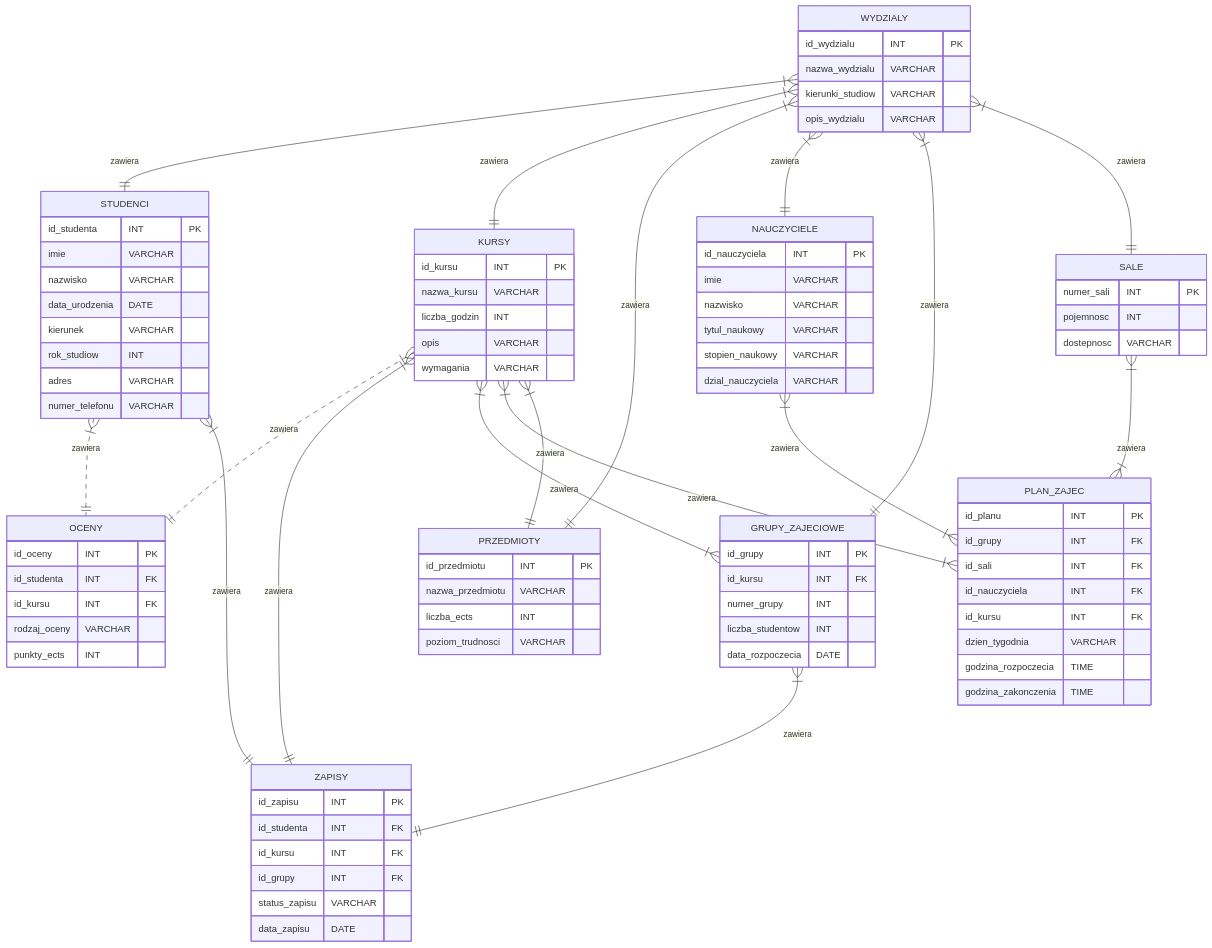
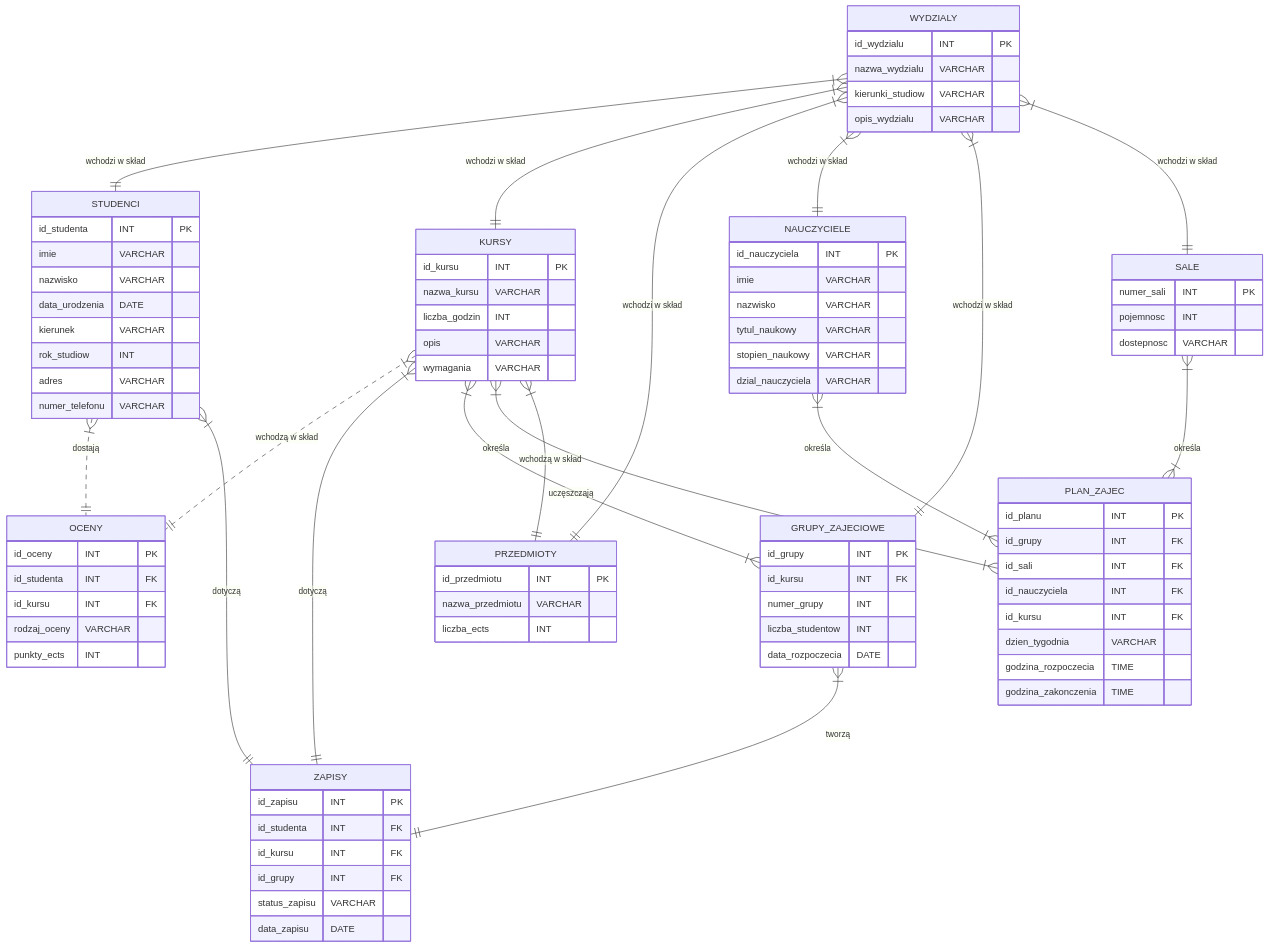
One commit to Sharens/SQL changed the diagram in University_database_project/readme.md. Above: the diagram before and after it, drawn with Mermaid.

Commit message:
Zmiana schematu

````diff
--- a/University_database_project/readme.md
+++ b/University_database_project/readme.md
@@ -67,7 +67,6 @@
         id_przedmiotu INT PK
         nazwa_przedmiotu VARCHAR
         liczba_ects INT
-        poziom_trudnosci VARCHAR
     }
     GRUPY_ZAJECIOWE {
         id_grupy INT PK
@@ -86,20 +85,20 @@
         godzina_rozpoczecia TIME
         godzina_zakonczenia TIME
     }
-    STUDENCI }|..|| OCENY: "zawiera"
-    KURSY }|..|| OCENY: "zawiera"
-    STUDENCI }|--|| ZAPISY: "zawiera"
-    KURSY }|--|| ZAPISY: "zawiera"
-    GRUPY_ZAJECIOWE }|--|| ZAPISY: "zawiera"
-    KURSY }|--|{ GRUPY_ZAJECIOWE: "zawiera"
-    KURSY }|--|{ PLAN_ZAJEC: "zawiera"
-    SALE }|--|{ PLAN_ZAJEC: "zawiera"
-    NAUCZYCIELE }|--|{ PLAN_ZAJEC: "zawiera"
-    KURSY }|--|| PRZEDMIOTY: "zawiera"
-    WYDZIALY }|--|| STUDENCI: "zawiera"
-    WYDZIALY }|--|| KURSY: "zawiera"
-    WYDZIALY }|--|| PRZEDMIOTY: "zawiera"
-    WYDZIALY }|--|| NAUCZYCIELE: "zawiera"
-    WYDZIALY }|--|| GRUPY_ZAJECIOWE: "zawiera"
-    WYDZIALY }|--|| SALE: "zawiera"
+    STUDENCI }|..|| OCENY: "dostają"
+    KURSY }|..|| OCENY: "wchodzą w skład"
+    STUDENCI }|--|| ZAPISY: "dotyczą"
+    KURSY }|--|| ZAPISY: "dotyczą"
+    GRUPY_ZAJECIOWE }|--|| ZAPISY: "tworzą"
+    KURSY }|--|{ GRUPY_ZAJECIOWE: "uczęszczają"
+    KURSY }|--|{ PLAN_ZAJEC: "określa"
+    SALE }|--|{ PLAN_ZAJEC: "określa"
+    NAUCZYCIELE }|--|{ PLAN_ZAJEC: "określa"
+    KURSY }|--|| PRZEDMIOTY: "wchodzą w skład"
+    WYDZIALY }|--|| STUDENCI: "wchodzi w skład"
+    WYDZIALY }|--|| KURSY: "wchodzi w skład"
+    WYDZIALY }|--|| PRZEDMIOTY: "wchodzi w skład"
+    WYDZIALY }|--|| NAUCZYCIELE: "wchodzi w skład"
+    WYDZIALY }|--|| GRUPY_ZAJECIOWE: "wchodzi w skład"
+    WYDZIALY }|--|| SALE: "wchodzi w skład"
 ```
````
